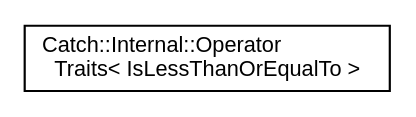
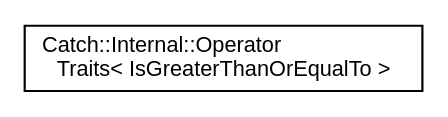
The diagram in doxyfwk/inherit_graph_40.dot (cp3-llbb/cp3-llbb.github.io), drawn with Graphviz before and after one commit. The commit also changed 744 other files, not shown here.

```diff
--- a/doxyfwk/inherit_graph_40.dot
+++ b/doxyfwk/inherit_graph_40.dot
@@ -1,8 +1,8 @@
 digraph "Graphical Class Hierarchy"
 {
  // LATEX_PDF_SIZE
   edge [fontname="Helvetica",fontsize="10",labelfontname="Helvetica",labelfontsize="10"];
   node [fontname="Helvetica",fontsize="10",shape=record];
   rankdir="LR";
-  Node0 [label="Catch::Internal::Operator\lTraits\< IsLessThanOrEqualTo \>",height=0.2,width=0.4,color="black", fillcolor="white", style="filled",URL="$structCatch_1_1Internal_1_1OperatorTraits_3_01IsLessThanOrEqualTo_01_4.html",tooltip=" "];
+  Node0 [label="Catch::Internal::Operator\lTraits\< IsGreaterThanOrEqualTo \>",height=0.2,width=0.4,color="black", fillcolor="white", style="filled",URL="$structCatch_1_1Internal_1_1OperatorTraits_3_01IsGreaterThanOrEqualTo_01_4.html",tooltip=" "];
 }
```
